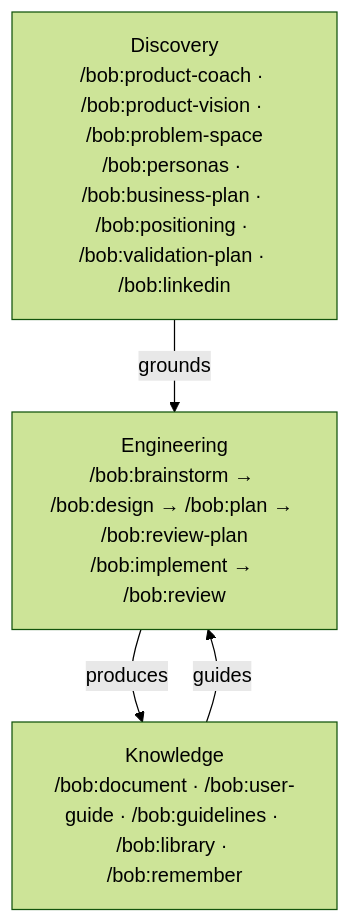
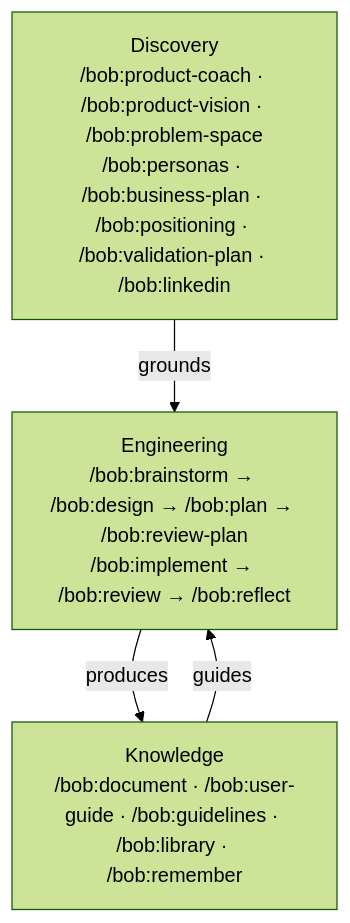
One commit to bofrese/bob changed the diagram in README.md. Above: the diagram before and after it, drawn with Mermaid (forest theme). The commit also changed other lines of this file and 13 other files, not shown here.

First line of the commit message:
BOB-008 Step 5: Reflect

````diff
--- a/README.md
+++ b/README.md
@@ -56,10 +56,10 @@
 ```mermaid
 graph TD
     D["Discovery<br/>/bob:product-coach · /bob:product-vision · /bob:problem-space<br/>/bob:personas · /bob:business-plan · /bob:positioning · /bob:validation-plan · /bob:linkedin"]
-    E["Engineering<br/>/bob:brainstorm → /bob:design → /bob:plan → /bob:review-plan<br/>/bob:implement → /bob:review"]
+    E["Engineering<br/>/bob:brainstorm → /bob:design → /bob:plan → /bob:review-plan<br/>/bob:implement → /bob:review → /bob:reflect"]
     K["Knowledge<br/>/bob:document · /bob:user-guide · /bob:guidelines · /bob:library · /bob:remember"]
 
     D -->|grounds| E
     E -->|produces| K
     K -->|guides| E
 ```
````
